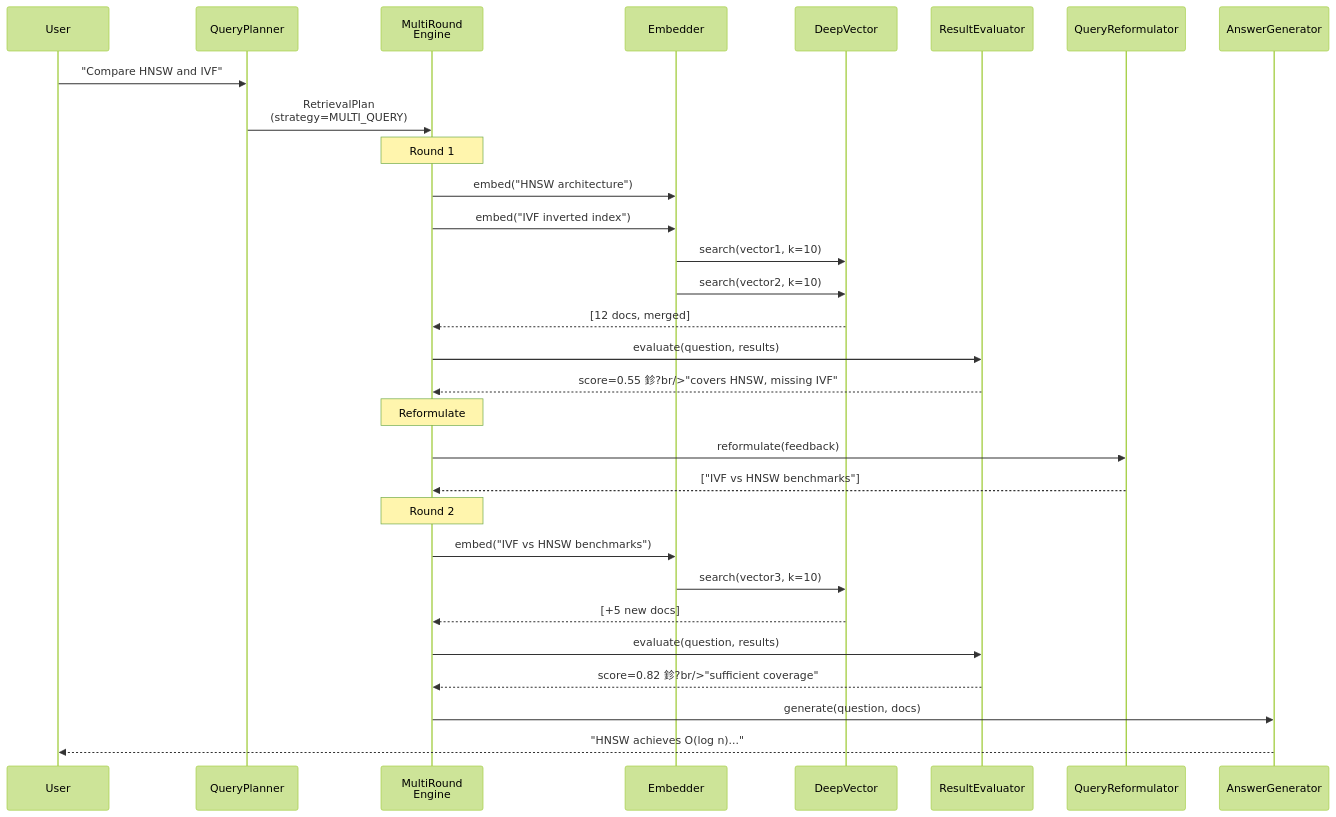
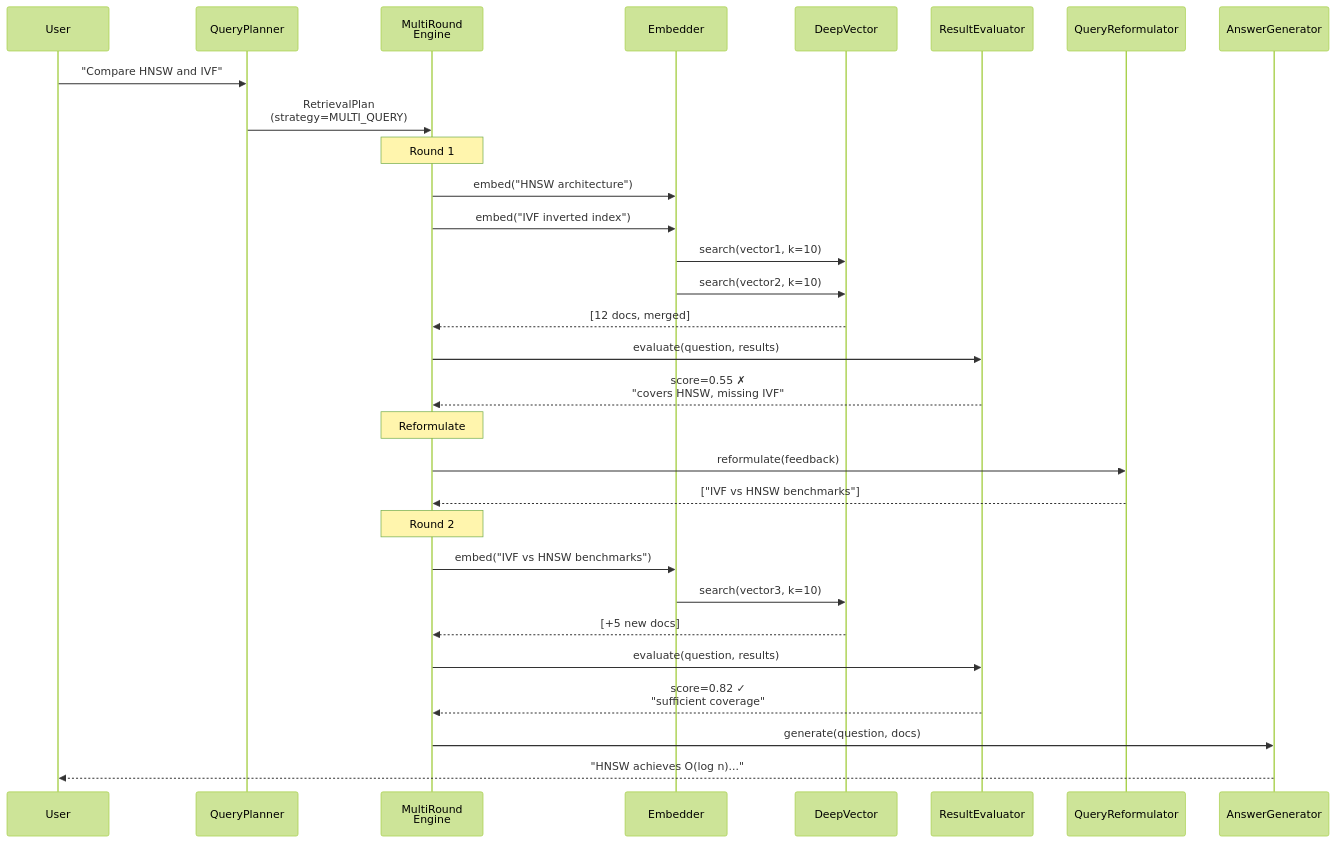
The second of 3 diagrams in deepvector/docs/AGENTICDB.md (Thezx-a/LumenDB), drawn with Mermaid (forest theme) before and after one commit. The commit also changed other lines of this file and 91 other files, not shown here.

````diff
--- a/deepvector/docs/AGENTICDB.md
+++ b/deepvector/docs/AGENTICDB.md
@@ -68,39 +68,39 @@
 ```mermaid
 sequenceDiagram
     participant U as User
     participant P as QueryPlanner
     participant MR as MultiRound<br/>Engine
     participant E as Embedder
     participant L as DeepVector
     participant EV as ResultEvaluator
     participant RF as QueryReformulator
     participant G as AnswerGenerator
 
     U->>P: "Compare HNSW and IVF"
     P->>MR: RetrievalPlan<br/>(strategy=MULTI_QUERY)
     
     Note over MR: Round 1
     MR->>E: embed("HNSW architecture")
     MR->>E: embed("IVF inverted index")
     E->>L: search(vector1, k=10)
     E->>L: search(vector2, k=10)
     L-->>MR: [12 docs, merged]
     
     MR->>EV: evaluate(question, results)
-    EV-->>MR: score=0.55 鉁?br/>"covers HNSW, missing IVF"
+    EV-->>MR: score=0.55 ✗<br/>"covers HNSW, missing IVF"
     
     Note over MR: Reformulate
     MR->>RF: reformulate(feedback)
     RF-->>MR: ["IVF vs HNSW benchmarks"]
     
     Note over MR: Round 2
     MR->>E: embed("IVF vs HNSW benchmarks")
     E->>L: search(vector3, k=10)
     L-->>MR: [+5 new docs]
     
     MR->>EV: evaluate(question, results)
-    EV-->>MR: score=0.82 鉁?br/>"sufficient coverage"
+    EV-->>MR: score=0.82 ✓<br/>"sufficient coverage"
     
     MR->>G: generate(question, docs)
     G-->>U: "HNSW achieves O(log n)..."
 ```
````
